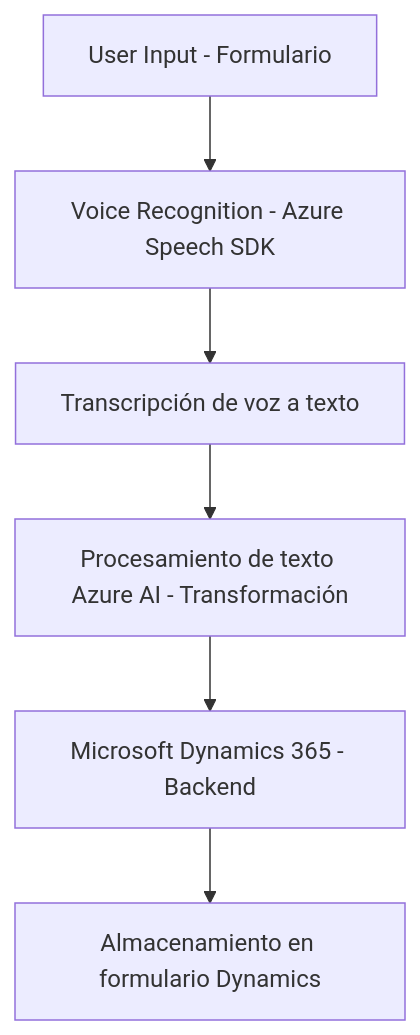
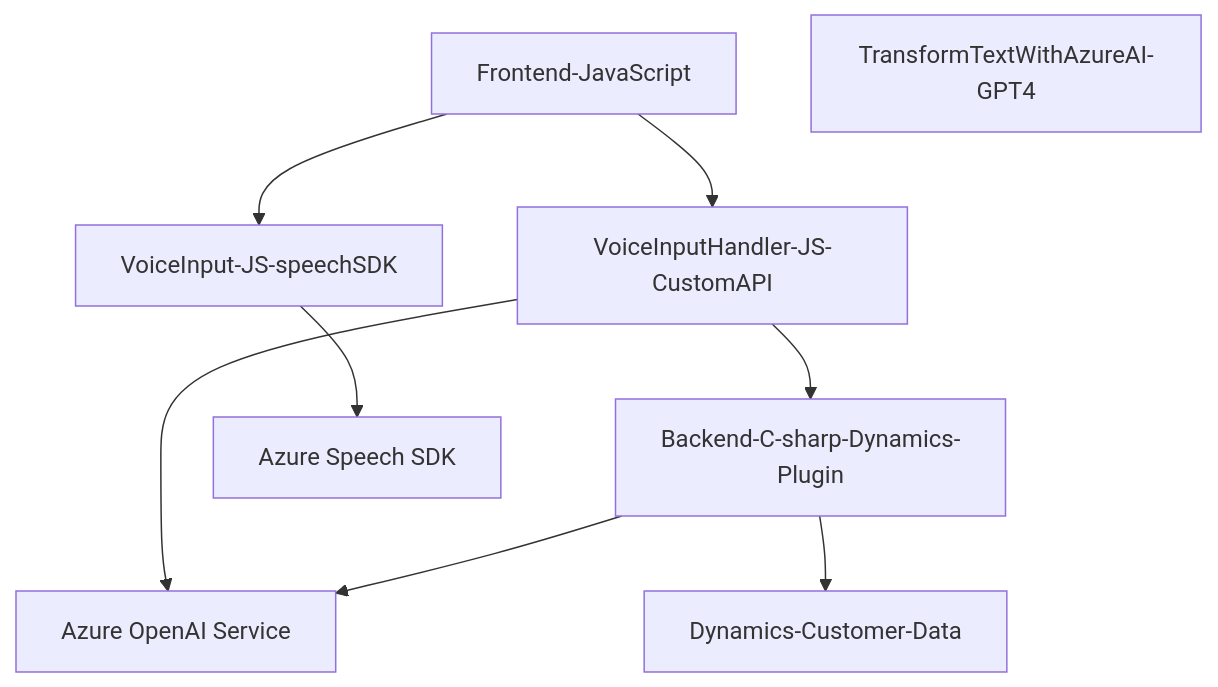
The diagram in README.md (blopezdm/NETCORE_BILBAO2025), drawn with Mermaid before and after one commit. The commit also changed other lines of this file, not shown here.

````diff
--- a/README.md
+++ b/README.md
@@ -52,15 +40,19 @@
 ```mermaid
 graph TD
-    A["User Input - Formulario"]
-    B["Voice Recognition - Azure Speech SDK"]
-    C["Transcripción de voz a texto"]
-    D["Procesamiento de texto Azure AI - Transformación"]
-    E["Microsoft Dynamics 365 - Backend"]
-    F["Almacenamiento en formulario Dynamics"]
+    A["Frontend-JavaScript"]
+    B["VoiceInput-JS-speechSDK"]
+    C["VoiceInputHandler-JS-CustomAPI"]
+    D["Backend-C-sharp-Dynamics-Plugin"]
+    E["TransformTextWithAzureAI-GPT4"]
+    F["Azure Speech SDK"]
+    G["Azure OpenAI Service"]
+    H["Dynamics-Customer-Data"]
 
     A --> B
-    B --> C
+    A --> C
     C --> D
-    D --> E
-    E --> F
+    B --> F
+    C --> G
+    D --> G
+    D --> H
 ```
````
